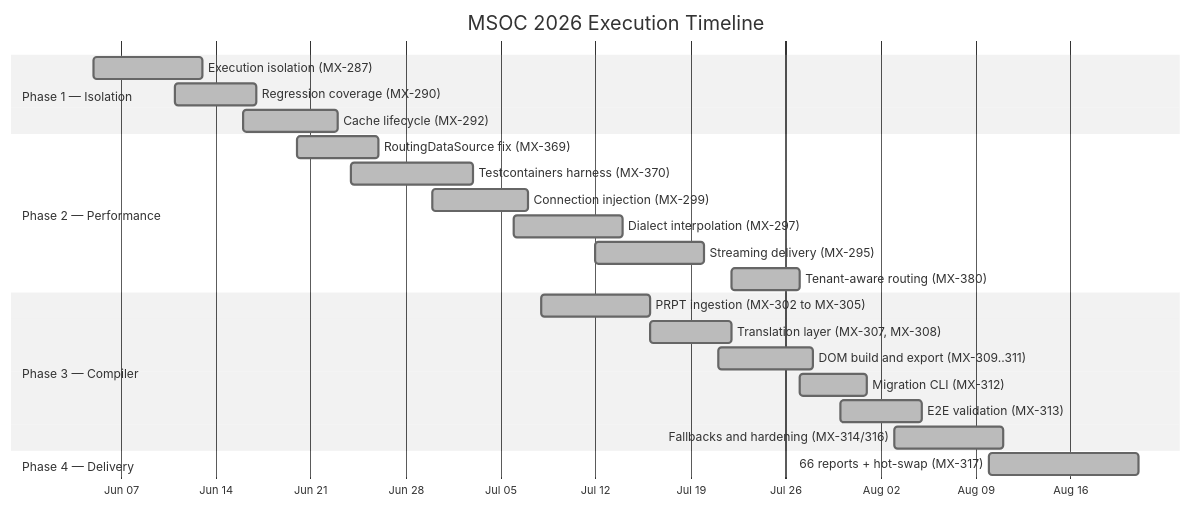
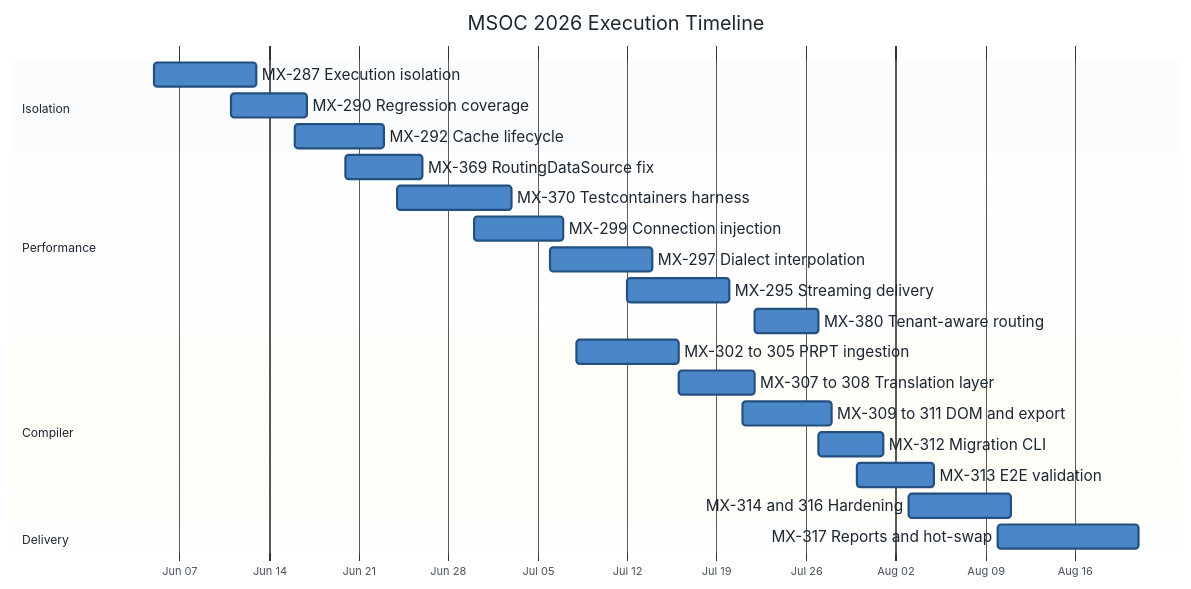
One commit to raghavvag/msoc-_2025_report changed the tenth of 10 diagrams in README.md. Above: the diagram before and after it, drawn with Mermaid.

Commit message:
Update README with improved Gantt chart formatting

````diff
--- a/README.md
+++ b/README.md
@@ -434,31 +434,49 @@
 ```mermaid
-%%{init: {'theme':'neutral'}}%%
+%%{init: {
+  'theme': 'base',
+  'themeVariables': {
+    'fontSize': '15px',
+    'textColor': '#1b2733',
+    'titleColor': '#1b2733',
+    'sectionBkgColor': '#eaf1f9',
+    'altSectionBkgColor': '#f7fafd',
+    'gridColor': '#b9c7d6',
+    'doneTaskBkgColor': '#4a86c8',
+    'doneTaskBorderColor': '#23507f',
+    'taskTextColor': '#ffffff',
+    'taskTextDarkColor': '#1b2733',
+    'taskTextOutsideColor': '#1b2733',
+    'todayLineColor': '#c0392b'
+  },
+  'gantt': { 'barHeight': 22, 'barGap': 6, 'topPadding': 55, 'leftPadding': 130, 'fontSize': 14 }
+}}%%
 gantt
     title MSOC 2026 Execution Timeline
     dateFormat YYYY-MM-DD
     axisFormat %b %d
+    todayMarker off
 
-    section Phase 1 — Isolation
-    Execution isolation (MX-287)        :done, p1a, 2026-06-05, 8d
-    Regression coverage (MX-290)        :done, p1b, 2026-06-11, 6d
-    Cache lifecycle (MX-292)            :done, p1c, 2026-06-16, 7d
+    section Isolation
+    MX-287 Execution isolation      :done, p1a, 2026-06-05, 8d
+    MX-290 Regression coverage      :done, p1b, 2026-06-11, 6d
+    MX-292 Cache lifecycle          :done, p1c, 2026-06-16, 7d
 
-    section Phase 2 — Performance
-    RoutingDataSource fix (MX-369)      :done, p2a, 2026-06-20, 6d
-    Testcontainers harness (MX-370)     :done, p2b, 2026-06-24, 9d
-    Connection injection (MX-299)       :done, p2c, 2026-06-30, 7d
-    Dialect interpolation (MX-297)      :done, p2d, 2026-07-06, 8d
-    Streaming delivery (MX-295)         :done, p2e, 2026-07-12, 8d
-    Tenant-aware routing (MX-380)       :done, p2f, 2026-07-22, 5d
+    section Performance
+    MX-369 RoutingDataSource fix    :done, p2a, 2026-06-20, 6d
+    MX-370 Testcontainers harness   :done, p2b, 2026-06-24, 9d
+    MX-299 Connection injection     :done, p2c, 2026-06-30, 7d
+    MX-297 Dialect interpolation    :done, p2d, 2026-07-06, 8d
+    MX-295 Streaming delivery       :done, p2e, 2026-07-12, 8d
+    MX-380 Tenant-aware routing     :done, p2f, 2026-07-22, 5d
 
-    section Phase 3 — Compiler
-    PRPT ingestion (MX-302 to MX-305)   :done, p3a, 2026-07-08, 8d
-    Translation layer (MX-307, MX-308)  :done, p3b, 2026-07-16, 6d
-    DOM build and export (MX-309..311)  :done, p3c, 2026-07-21, 7d
-    Migration CLI (MX-312)              :done, p3d, 2026-07-27, 5d
-    E2E validation (MX-313)             :done, p3e, 2026-07-30, 6d
-    Fallbacks and hardening (MX-314/316):done, p3f, 2026-08-03, 8d
+    section Compiler
+    MX-302 to 305 PRPT ingestion    :done, p3a, 2026-07-08, 8d
+    MX-307 to 308 Translation layer :done, p3b, 2026-07-16, 6d
+    MX-309 to 311 DOM and export    :done, p3c, 2026-07-21, 7d
+    MX-312 Migration CLI            :done, p3d, 2026-07-27, 5d
+    MX-313 E2E validation           :done, p3e, 2026-07-30, 6d
+    MX-314 and 316 Hardening        :done, p3f, 2026-08-03, 8d
 
-    section Phase 4 — Delivery
-    66 reports + hot-swap (MX-317)      :done, p4a, 2026-08-10, 11d
+    section Delivery
+    MX-317 Reports and hot-swap     :done, p4a, 2026-08-10, 11d
 ```
````
